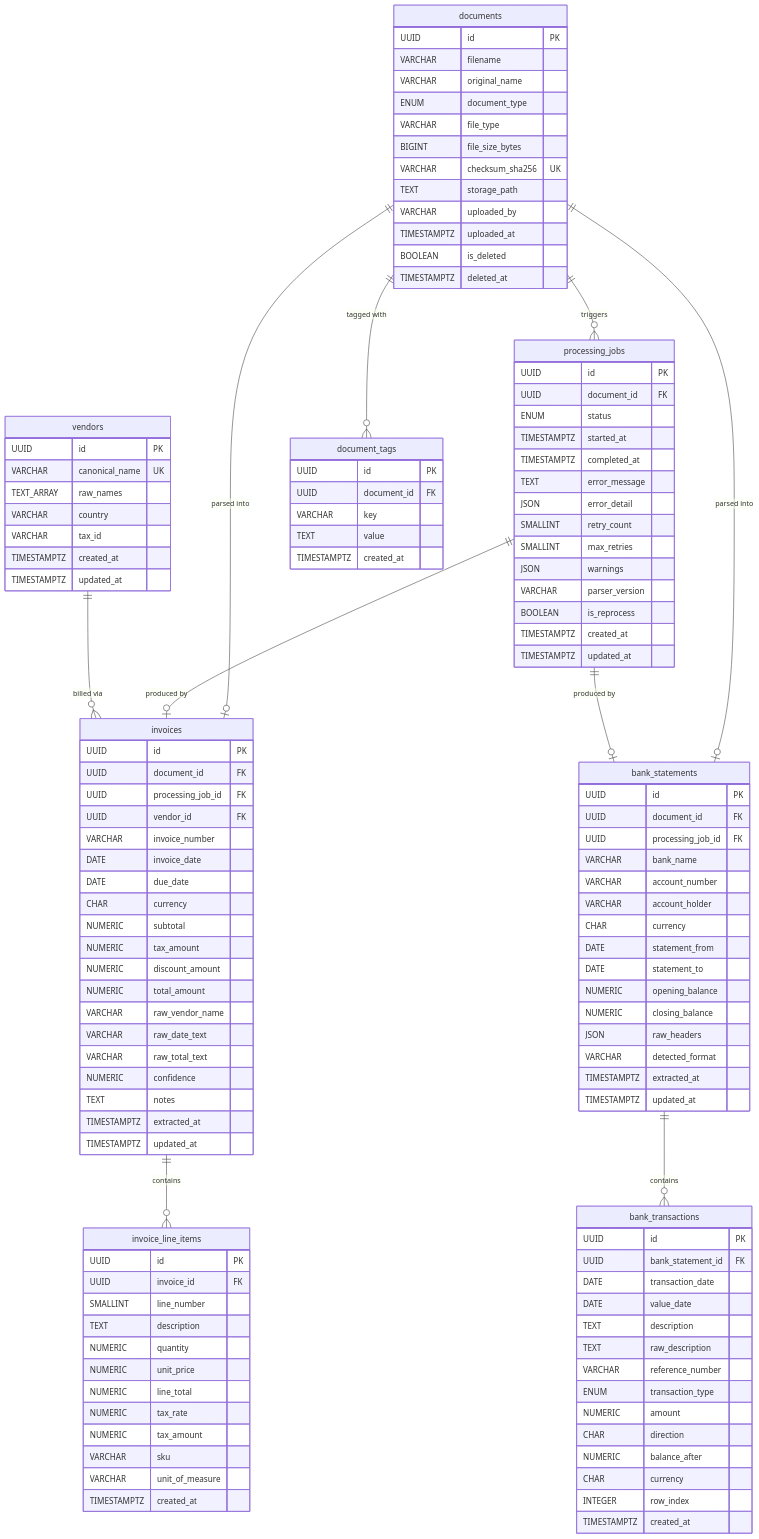
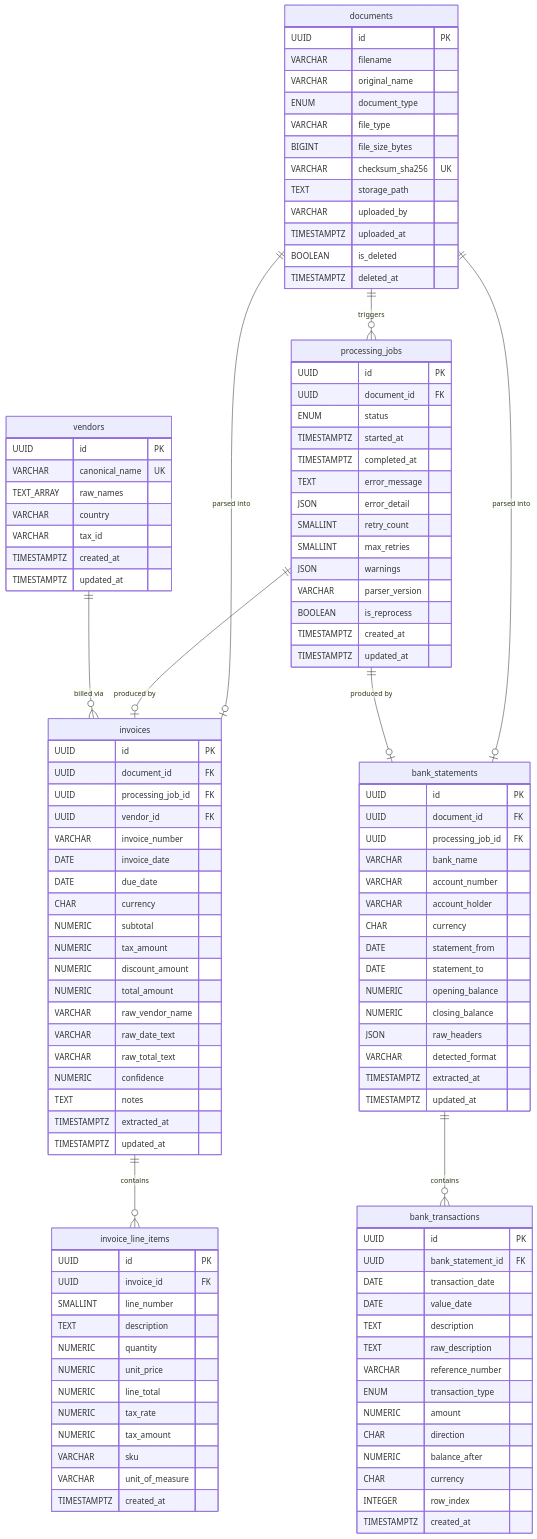
The diagram in docs/db_design_and_er.md (Darshan-dlr/finparse-api), drawn with Mermaid before and after one commit. The commit also changed other lines of this file and 18 other files, not shown here.

```diff
--- a/docs/db_design_and_er.md
+++ b/docs/db_design_and_er.md
@@ -174,19 +172,11 @@
         TIMESTAMPTZ created_at
     }
 
-    document_tags {
-        UUID id PK
-        UUID document_id FK
-        VARCHAR key
-        TEXT value
-        TIMESTAMPTZ created_at
-    }
-
     %% Relationships
     documents       ||--o{ processing_jobs    : "triggers"
     documents       ||--o| invoices           : "parsed into"
     documents       ||--o| bank_statements    : "parsed into"
-    documents       ||--o{ document_tags      : "tagged with"
+
 
     processing_jobs ||--o| invoices           : "produced by"
     processing_jobs ||--o| bank_statements    : "produced by"
```
